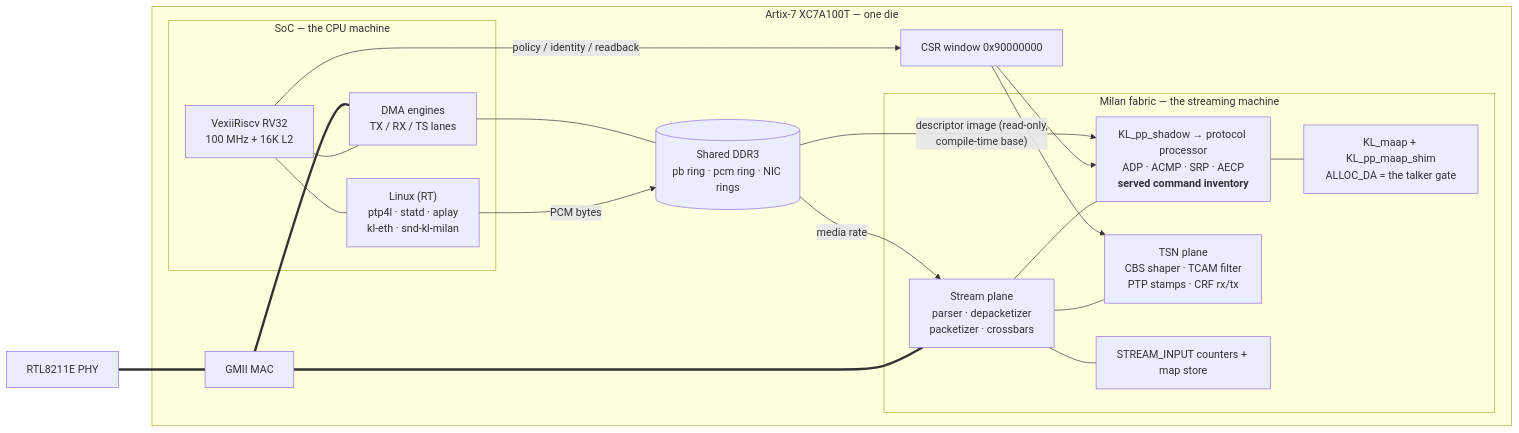
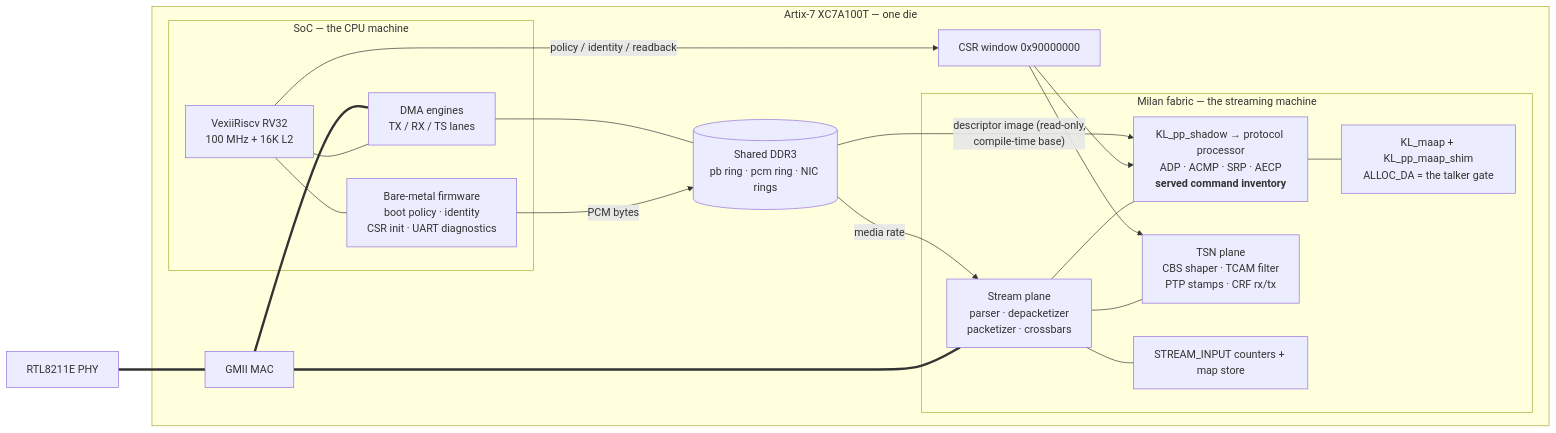
Before and after one commit to kebag-logic/milan-fpga: the diagram in docs/architecture/CPU_FPGA_SPLIT.md, drawn with Mermaid. The commit also changed other lines of this file and 7 other files, not shown here.

Commit message:
Rewrite the architecture, channel-map and quick-start pages on the bare-metal split and retire the peer-host media recipe into git history; the gate stops flagging the pinned sv2v release asset

````diff
--- a/docs/architecture/CPU_FPGA_SPLIT.md
+++ b/docs/architecture/CPU_FPGA_SPLIT.md
@@ -147,36 +145,36 @@
 ```mermaid
 flowchart LR
   subgraph CHIP["Artix-7 XC7A100T — one die"]
     subgraph SOC["SoC — the CPU machine"]
       CPU["VexiiRiscv RV32<br/>100 MHz + 16K L2"]
-      LINUX["Linux (RT)<br/>ptp4l · statd · aplay<br/>kl-eth · snd-kl-milan"]
+      FW["Bare-metal firmware<br/>boot policy · identity<br/>CSR init · UART diagnostics"]
       DMA["DMA engines<br/>TX / RX / TS lanes"]
-      CPU --- LINUX
+      CPU --- FW
       CPU --- DMA
     end
     subgraph FAB["Milan fabric — the streaming machine"]
       CTL["KL_pp_shadow → protocol processor<br/>ADP · ACMP · SRP · AECP<br/><b>served command inventory</b>"]
       MAAP["KL_maap + KL_pp_maap_shim<br/>ALLOC_DA = the talker gate"]
       STR["Stream plane<br/>parser · depacketizer<br/>packetizer · crossbars"]
       TSN["TSN plane<br/>CBS shaper · TCAM filter<br/>PTP stamps · CRF rx/tx"]
       CNT["STREAM_INPUT counters + map store"]
       CTL --- MAAP
     end
     DRAM[("Shared DDR3<br/>pb ring · pcm ring · NIC rings")]
     CSR["CSR window 0x90000000"]
     MAC["GMII MAC"]
   end
   PHY["RTL8211E PHY"] === MAC
   MAC === STR
   MAC === DMA
   STR --- CTL
   STR --- TSN
   STR --- CNT
   CPU -- "policy / identity / readback" --> CSR
   CSR --> CTL
   CSR --> TSN
-  LINUX -- "PCM bytes" --> DRAM
+  FW -- "PCM bytes" --> DRAM
   DRAM -- "media rate" --> STR
   DRAM -- "descriptor image (read-only,<br/>compile-time base)" --> CTL
   DMA --- DRAM
 ```
````
